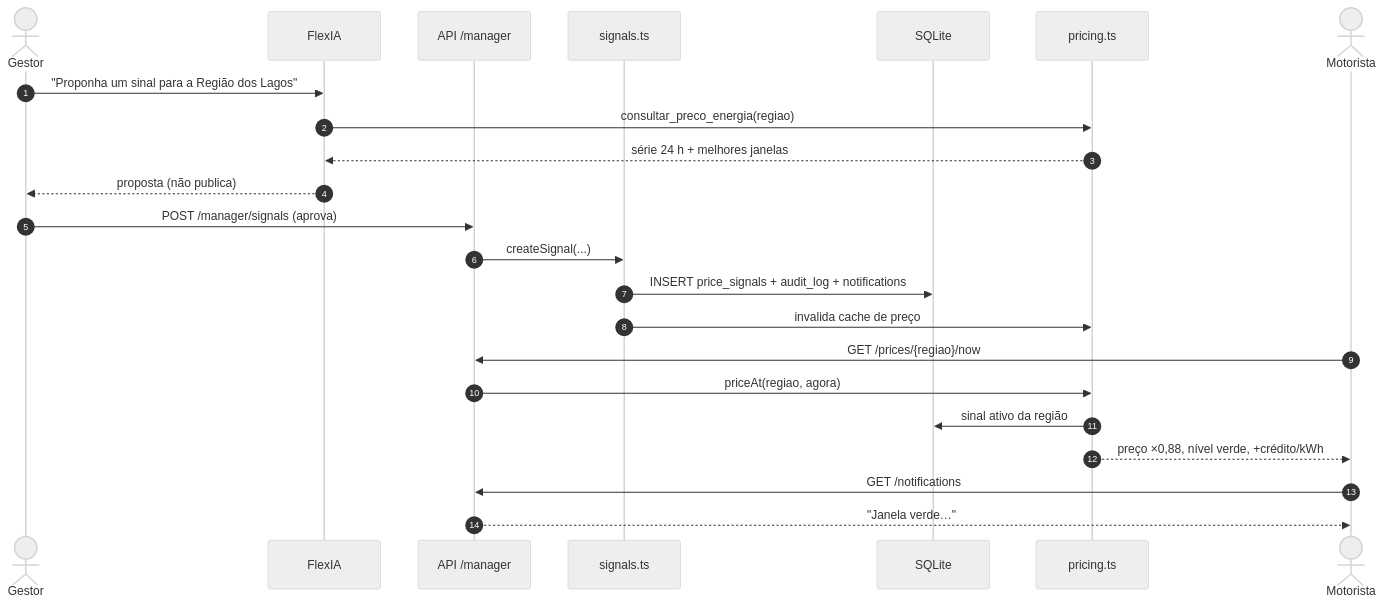
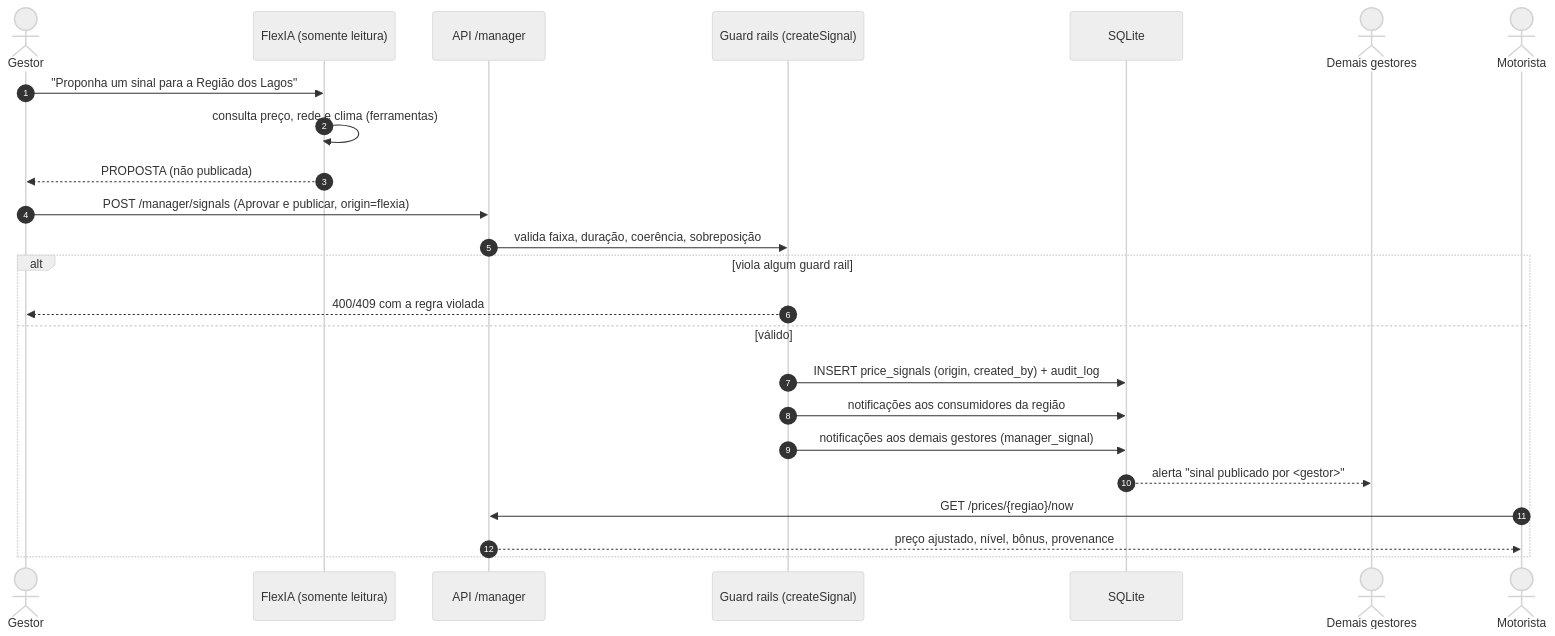
Before and after one commit to EstevezCodando/flexrioTest: the fifth of 10 diagrams in README.md, drawn with Mermaid (neutral theme). The commit also changed other lines of this file and 11 other files, not shown here.

First line of the commit message:
feat: guard rails do sinal de preço, alertas operacionais aos gestores e origem rastreável (IA só propõe)

````diff
--- a/README.md
+++ b/README.md
@@ -496,25 +524,26 @@
 ```mermaid
 sequenceDiagram
   autonumber
   actor Gestor
-  participant FX as FlexIA
+  participant FX as FlexIA (somente leitura)
   participant API as API /manager
-  participant SIG as signals.ts
+  participant GR as Guard rails (createSignal)
   participant DB as SQLite
-  participant PRC as pricing.ts
+  actor Outros as Demais gestores
   actor Motorista
   Gestor->>FX: "Proponha um sinal para a Região dos Lagos"
-  FX->>PRC: consultar_preco_energia(regiao)
-  PRC-->>FX: série 24 h + melhores janelas
-  FX-->>Gestor: proposta (não publica)
-  Gestor->>API: POST /manager/signals (aprova)
-  API->>SIG: createSignal(...)
-  SIG->>DB: INSERT price_signals + audit_log + notifications
-  SIG->>PRC: invalida cache de preço
-  Motorista->>API: GET /prices/{regiao}/now
-  API->>PRC: priceAt(regiao, agora)
-  PRC->>DB: sinal ativo da região
-  PRC-->>Motorista: preço ×0,88, nível verde, +crédito/kWh
-  Motorista->>API: GET /notifications
-  API-->>Motorista: "Janela verde…"
+  FX->>FX: consulta preço, rede e clima (ferramentas)
+  FX-->>Gestor: PROPOSTA (não publicada)
+  Gestor->>API: POST /manager/signals (Aprovar e publicar, origin=flexia)
+  API->>GR: valida faixa, duração, coerência, sobreposição
+  alt viola algum guard rail
+    GR-->>Gestor: 400/409 com a regra violada
+  else válido
+    GR->>DB: INSERT price_signals (origin, created_by) + audit_log
+    GR->>DB: notificações aos consumidores da região
+    GR->>DB: notificações aos demais gestores (manager_signal)
+    DB-->>Outros: alerta "sinal publicado por <gestor>"
+    Motorista->>API: GET /prices/{regiao}/now
+    API-->>Motorista: preço ajustado, nível, bônus, provenance
+  end
 ```
````
